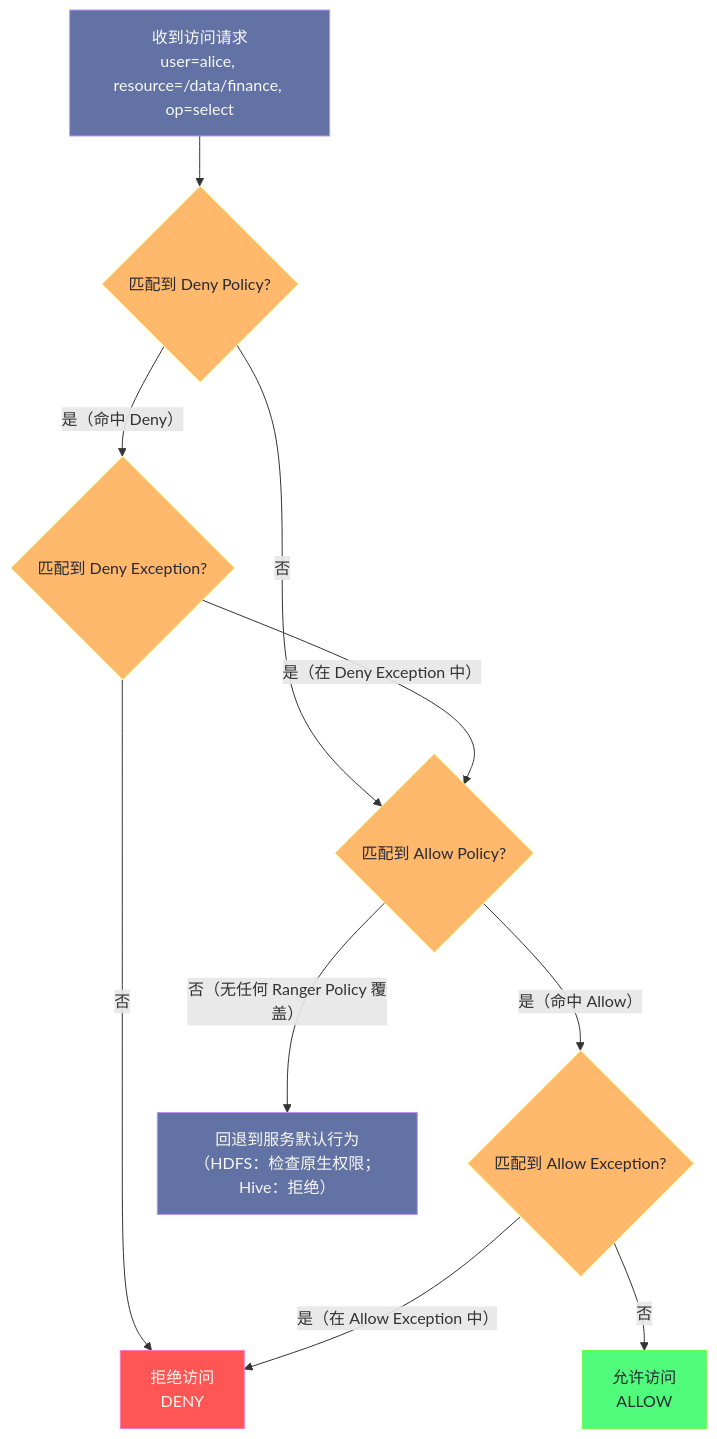
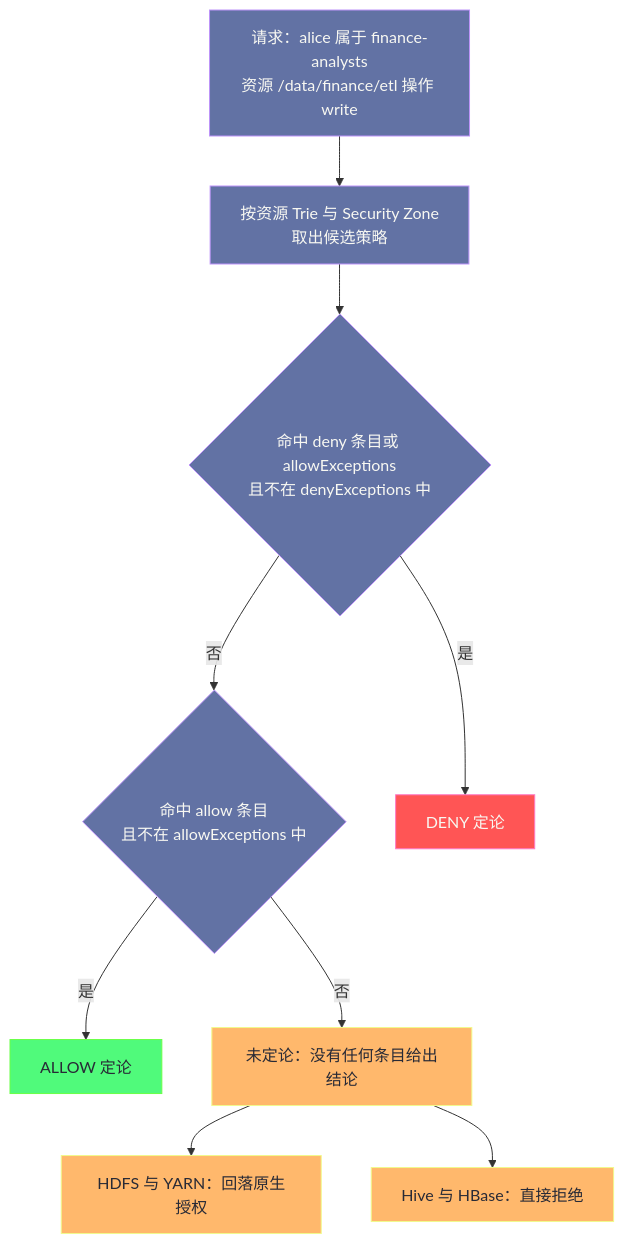
The third of 5 diagrams in content/大数据/安全与认证/04 Apache Ranger 权限管控体系深度解析.md (hpliStartAgain/my-brain), drawn with Mermaid before and after one commit. The commit also changed other lines of this file and 455 other files, not shown here.

````diff
--- a/content/大数据/安全与认证/04 Apache Ranger 权限管控体系深度解析.md
+++ b/content/大数据/安全与认证/04 Apache Ranger 权限管控体系深度解析.md
@@ -259,27 +255,26 @@
 ```mermaid
 %%{init: {'theme': 'dracula'}}%%
 graph TD
-    classDef decision fill:#6272a4,stroke:#bd93f9,color:#f8f8f2
+    classDef step fill:#6272a4,stroke:#bd93f9,color:#f8f8f2
+    classDef deny fill:#ff5555,stroke:#ff79c6,color:#f8f8f2
     classDef allow fill:#50fa7b,stroke:#69ff47,color:#282a36
-    classDef deny fill:#ff5555,stroke:#ff79c6,color:#f8f8f2
-    classDef check fill:#ffb86c,stroke:#f1fa8c,color:#282a36
+    classDef fb fill:#ffb86c,stroke:#f1fa8c,color:#282a36
 
-    A["收到访问请求</br>user=alice, resource=/data/finance, op=select"]:::decision
-    B{"匹配到 Deny Policy?"}:::check
-    C{"匹配到 Deny Exception?"}:::check
-    D["拒绝访问</br>DENY"]:::deny
-    E{"匹配到 Allow Policy?"}:::check
-    F{"匹配到 Allow Exception?"}:::check
-    G["允许访问</br>ALLOW"]:::allow
-    H["回退到服务默认行为</br>（HDFS：检查原生权限；Hive：拒绝）"]:::decision
+    R["请求：alice 属于 finance-analysts<br/>资源 /data/finance/etl 操作 write"]:::step
+    Z["按资源 Trie 与 Security Zone<br/>取出候选策略"]:::step
+    D{"命中 deny 条目或 allowExceptions<br/>且不在 denyExceptions 中"}:::step
+    A{"命中 allow 条目<br/>且不在 allowExceptions 中"}:::step
+    NO["DENY 定论"]:::deny
+    YES["ALLOW 定论"]:::allow
+    U["未定论：没有任何条目给出结论"]:::fb
+    F1["HDFS 与 YARN：回落原生授权"]:::fb
+    F2["Hive 与 HBase：直接拒绝"]:::fb
 
-    A --> B
-    B -->|"是（命中 Deny）"| C
-    B -->|"否"| E
-    C -->|"是（在 Deny Exception 中）"| E
-    C -->|"否"| D
-    E -->|"是（命中 Allow）"| F
-    E -->|"否（无任何 Ranger Policy 覆盖）"| H
-    F -->|"是（在 Allow Exception 中）"| D
-    F -->|"否"| G
+    R --> Z --> D
+    D -->|"是"| NO
+    D -->|"否"| A
+    A -->|"是"| YES
+    A -->|"否"| U
+    U --> F1
+    U --> F2
 ```
````
